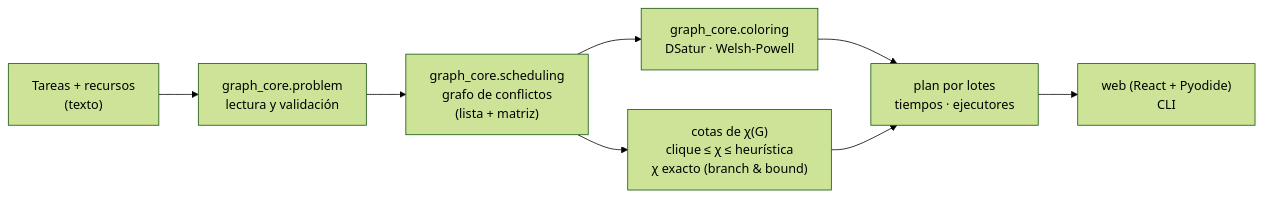
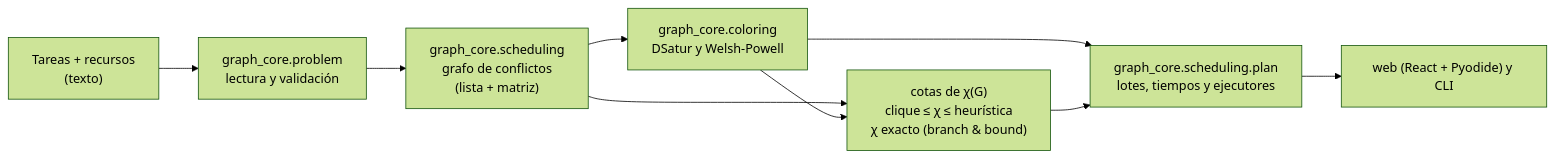
One commit to Djch18AtSchool/graph-resource-planner changed the diagram in README.md. Above: the diagram before and after it, drawn with Mermaid (forest theme). The commit also changed other lines of this file and 2 other files, not shown here.

Commit message:
docs: corregir diagramas de arquitectura y agregar guion del video
- Arquitectura (2.1): agrega el empaquetado del motor, la descarga de Pyodide
  desde el CDN, las capas de la interfaz y el orden real del CI.
- Flujo (2.2): branch & bound solo corre si la clique no iguala a la
  heuristica; la cota superior depende de ambas coloraciones; entrada por
  web_api.handle (texto o G(n, p)); la CLI usa el Plan y build_view solo
  para plan.json.
- Nueva secuencia (2.3) de una peticion web, con el debounce y el Worker.
- README: la cota de chi(G) depende de la coloracion.
- docs/GUION_VIDEO.md: guion de ~4:40 para 4 integrantes con lo que se dice,
  lo que se muestra (archivo y linea) y preguntas para preparar.

````diff
--- a/README.md
+++ b/README.md
@@ -20,10 +20,11 @@
 ```mermaid
 flowchart LR
     T["Tareas + recursos<br/>(texto)"] --> P["graph_core.problem<br/>lectura y validación"]
     P --> CG["graph_core.scheduling<br/>grafo de conflictos<br/>(lista + matriz)"]
-    CG --> C["graph_core.coloring<br/>DSatur · Welsh-Powell"]
+    CG --> C["graph_core.coloring<br/>DSatur y Welsh-Powell"]
     CG --> B["cotas de χ(G)<br/>clique ≤ χ ≤ heurística<br/>χ exacto (branch & bound)"]
-    C --> PL["plan por lotes<br/>tiempos · ejecutores"]
+    C --> B
+    C --> PL["graph_core.scheduling.plan<br/>lotes, tiempos y ejecutores"]
     B --> PL
-    PL --> V["web (React + Pyodide)<br/>CLI"]
+    PL --> V["web (React + Pyodide) y CLI"]
 ```
````
